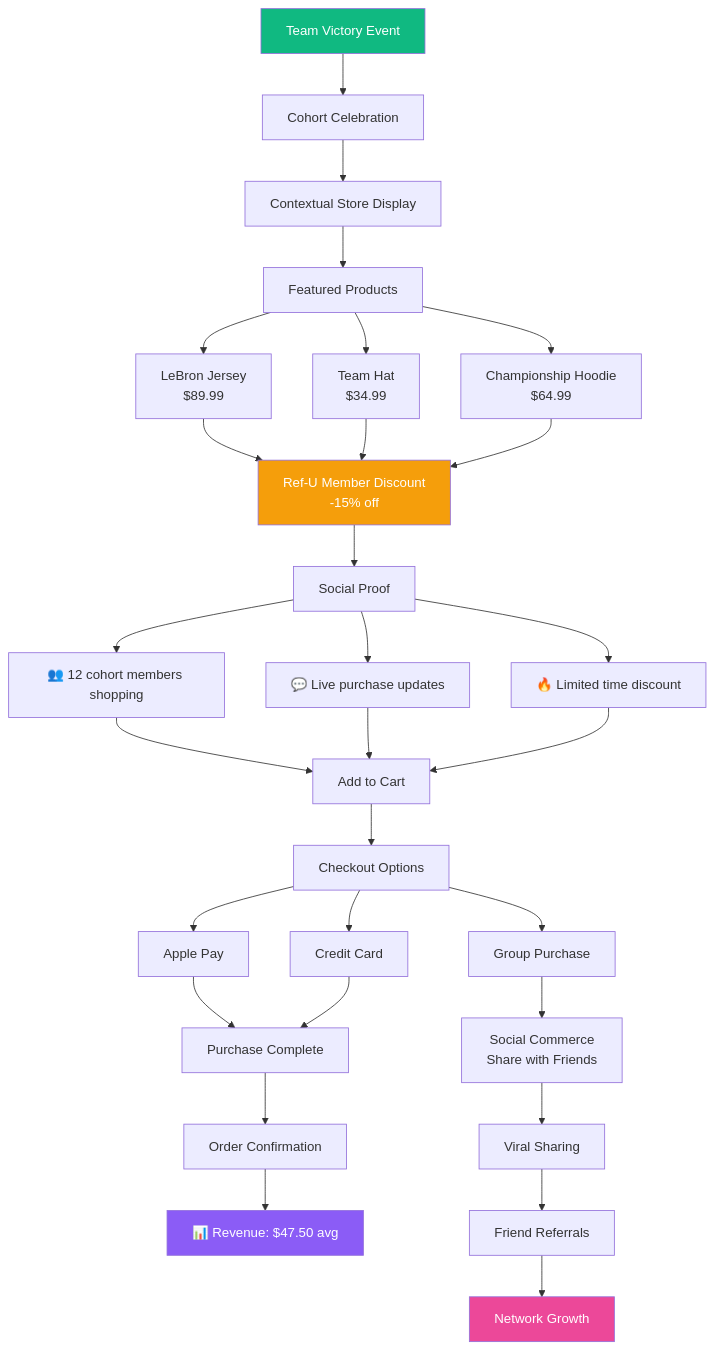
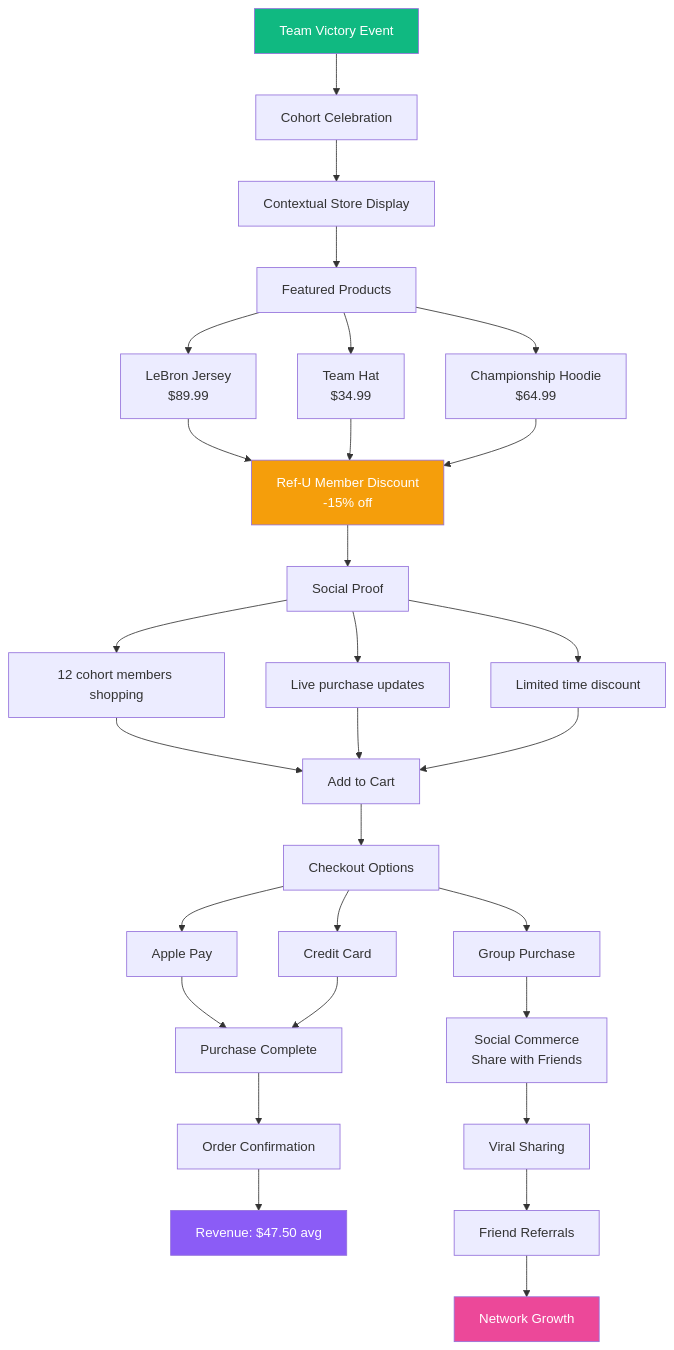
One commit to SkaFld-Ignite/ref-u-wireframes changed the sixth of 9 diagrams in docs/investor-flows.md. Above: the diagram before and after it, drawn with Mermaid. The commit also changed other lines of this file and 8 other files, not shown here.

````diff
--- a/docs/investor-flows.md
+++ b/docs/investor-flows.md
@@ -238,44 +238,44 @@
 ```mermaid
 graph TD
     A[Team Victory Event] --> B[Cohort Celebration]
     B --> C[Contextual Store Display]
     
     C --> D[Featured Products]
     D --> E1[LeBron Jersey<br/>$89.99]
     D --> E2[Team Hat<br/>$34.99]
     D --> E3[Championship Hoodie<br/>$64.99]
     
     E1 --> F[Ref-U Member Discount<br/>-15% off]
     E2 --> F
     E3 --> F
     
     F --> G[Social Proof]
-    G --> H1[👥 12 cohort members shopping]
-    G --> H2[💬 Live purchase updates]
-    G --> H3[🔥 Limited time discount]
+    G --> H1[ 12 cohort members shopping]
+    G --> H2[ Live purchase updates]
+    G --> H3[ Limited time discount]
     
     H1 --> I[Add to Cart]
     H2 --> I
     H3 --> I
     
     I --> J[Checkout Options]
     J --> K1[Apple Pay]
     J --> K2[Credit Card]
     J --> K3[Group Purchase]
     
     K1 --> L[Purchase Complete]
     K2 --> L
     K3 --> M[Social Commerce<br/>Share with Friends]
     
     L --> N[Order Confirmation]
-    N --> O[📊 Revenue: $47.50 avg]
+    N --> O[ Revenue: $47.50 avg]
     
     M --> P[Viral Sharing]
     P --> Q[Friend Referrals]
     Q --> R[Network Growth]
     
     style A fill:#10b981,color:white
     style F fill:#f59e0b,color:white
     style O fill:#8b5cf6,color:white
     style R fill:#ec4899,color:white
 ```
````
